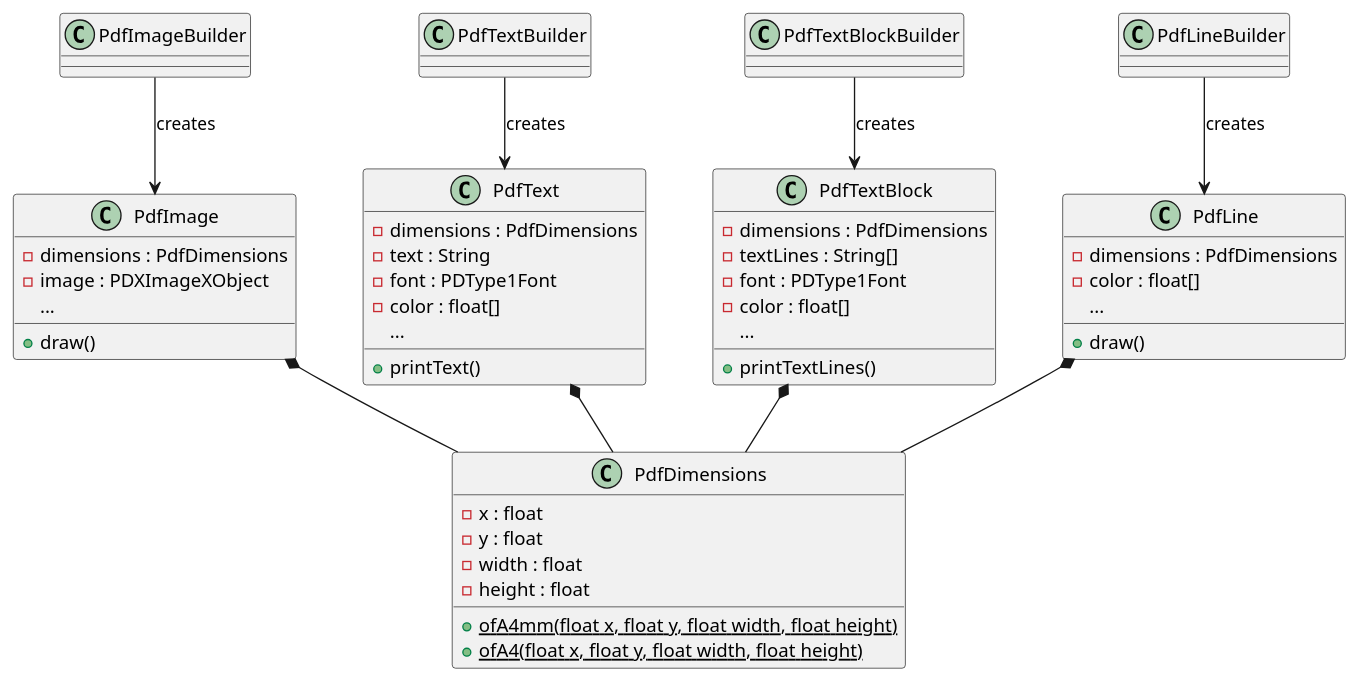
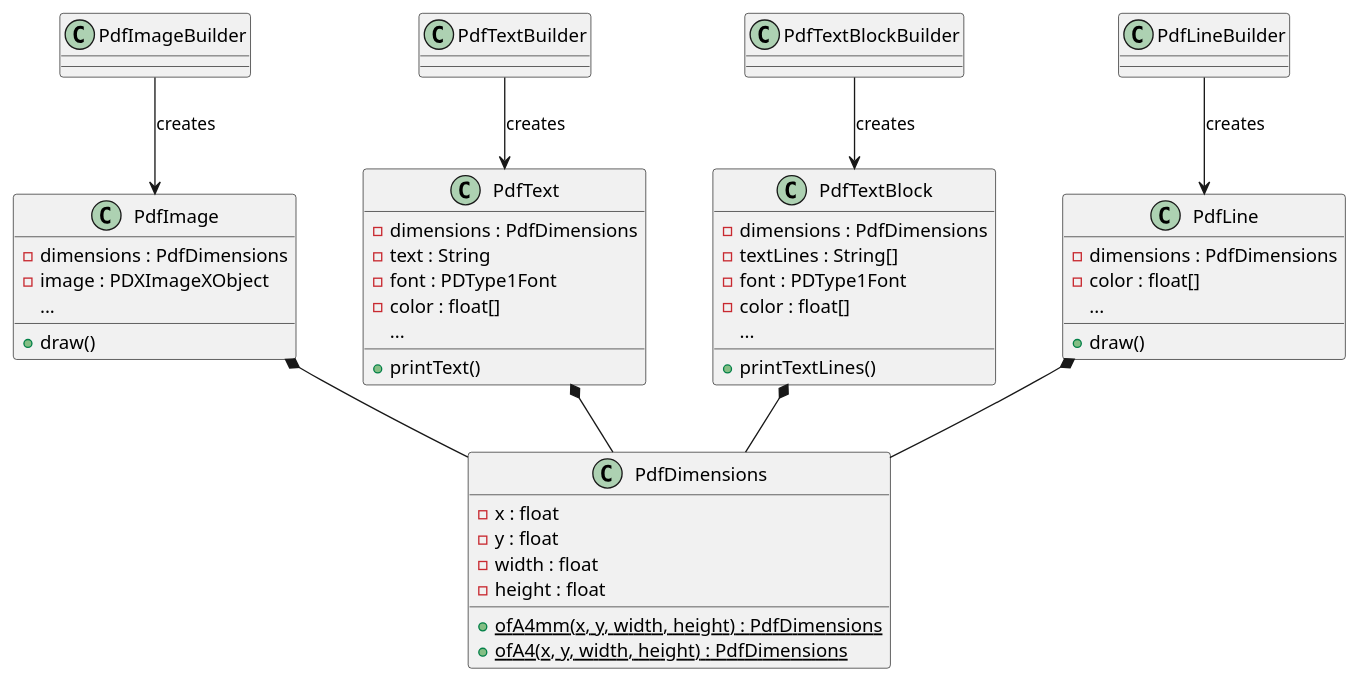
Before and after one commit to joheiss/java-pdfdoc-playground: the diagram in src/main/java/com/jovisco/invoicing/pdf/PdfComponents.puml, drawn with PlantUML. The commit also changed 3 other files, not shown here.

```diff
--- a/src/main/java/com/jovisco/invoicing/pdf/PdfComponents.puml
+++ b/src/main/java/com/jovisco/invoicing/pdf/PdfComponents.puml
@@ -1,57 +1,57 @@
 @startuml
 skinparam nodesep 50
 skinparam ranksep 50
 skinparam class {
   BackgroundColor<<interface>> #ffccff
   BackgroundColor<<abstract>> #ccccff
 }
 
 class PdfLine {
     {field} - dimensions : PdfDimensions
     {field} - color : float[]
     {field} ...
     + draw()
 }
 
 class PdfImage {
     {field} - dimensions : PdfDimensions
     {field} - image : PDXImageXObject
     {field} ...
     + draw()
 }
 
 class PdfText {
     {field} - dimensions : PdfDimensions
     {field} - text : String
     {field} - font : PDType1Font
     {field} - color : float[]
     {field} ...
     + printText()
 }
 
 class PdfTextBlock {
     {field} - dimensions : PdfDimensions
     {field} - textLines : String[]
     {field} - font : PDType1Font
     {field} - color : float[]
     {field} ...
     + printTextLines()
 }
 
 class PdfDimensions {
     {field} - x : float
     {field} - y : float
     {field} - width : float
     {field} - height : float
-    {static} + ofA4mm(float x, float y, float width, float height)
-    {static} + ofA4(float x, float y, float width, float height)
+    {static} + ofA4mm(x, y, width, height) : PdfDimensions
+    {static} + ofA4(x, y, width, height) : PdfDimensions
 }
 PdfLineBuilder --> PdfLine : creates
 PdfImageBuilder --> PdfImage : creates
 PdfTextBuilder --> PdfText : creates
 PdfTextBlockBuilder --> PdfTextBlock : creates
 PdfLine *-d- PdfDimensions
 PdfImage *-d- PdfDimensions
 PdfText *-d- PdfDimensions
 PdfTextBlock *-d- PdfDimensions
 @enduml
```
